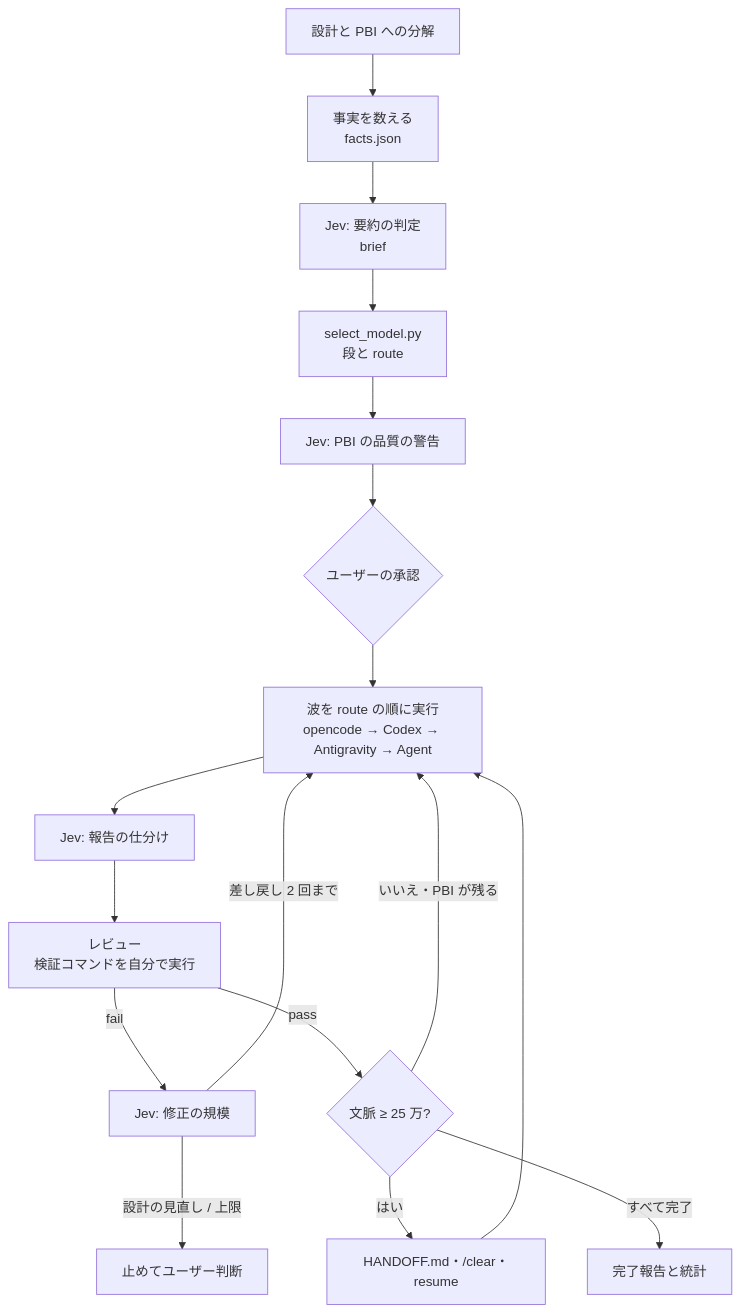
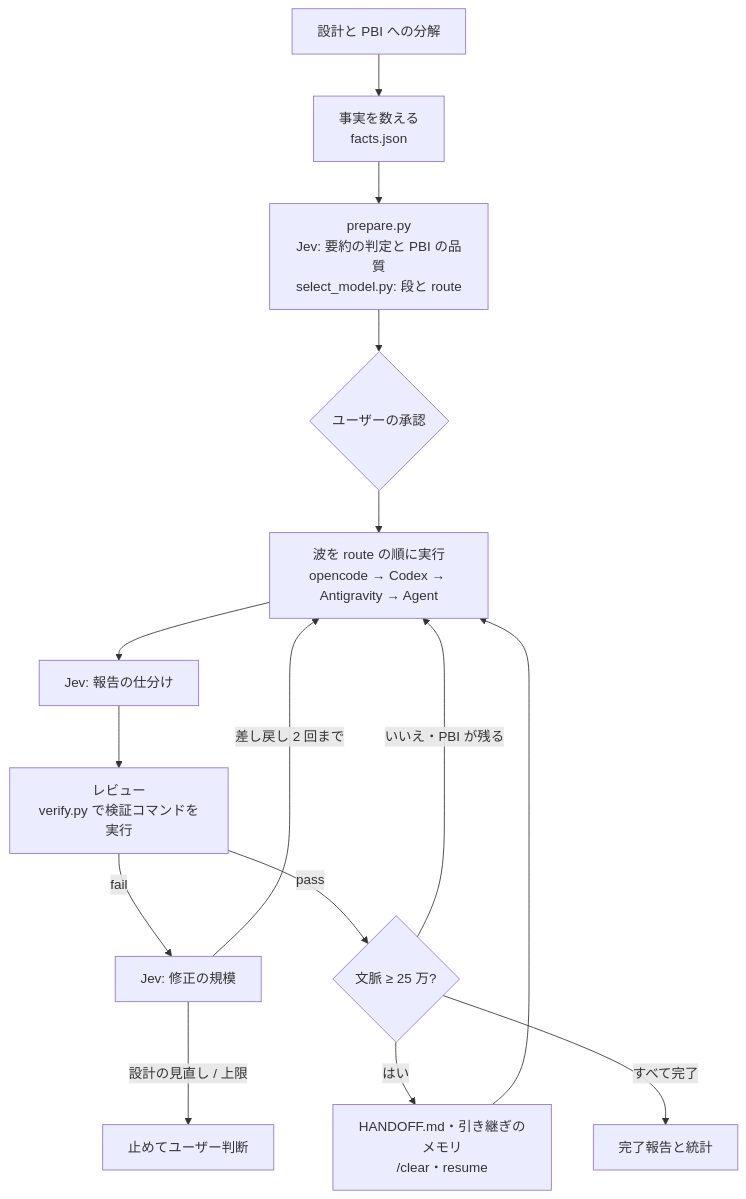
The diagram in README.ja.md (reeschan/atelier), drawn with Mermaid before and after one commit. The commit also changed other lines of this file and 4 other files, not shown here.

First line of the commit message:
README: redraw the architecture diagram and catch up with the skill

````diff
--- a/README.ja.md
+++ b/README.ja.md
@@ -35,19 +36,17 @@
 ```mermaid
 flowchart TD
   A[設計と PBI への分解] --> B[事実を数える<br/>facts.json]
-  B --> C[Jev: 要約の判定<br/>brief]
-  C --> D[select_model.py<br/>段と route]
-  D --> E[Jev: PBI の品質の警告]
-  E --> F{ユーザーの承認}
+  B --> C[prepare.py<br/>Jev: 要約の判定と PBI の品質<br/>select_model.py: 段と route]
+  C --> F{ユーザーの承認}
   F --> G[波を route の順に実行<br/>opencode → Codex → Antigravity → Agent]
   G --> H[Jev: 報告の仕分け]
-  H --> I[レビュー<br/>検証コマンドを自分で実行]
+  H --> I[レビュー<br/>verify.py で検証コマンドを実行]
   I -->|fail| K[Jev: 修正の規模]
   K -->|差し戻し 2 回まで| G
   K -->|設計の見直し / 上限| L[止めてユーザー判断]
   I -->|pass| M{文脈 ≥ 25 万?}
   M -->|いいえ・PBI が残る| G
-  M -->|はい| N[HANDOFF.md・/clear・resume]
+  M -->|はい| N[HANDOFF.md・引き継ぎのメモリ<br/>/clear・resume]
   N --> G
   M -->|すべて完了| J[完了報告と統計]
 ```
````
